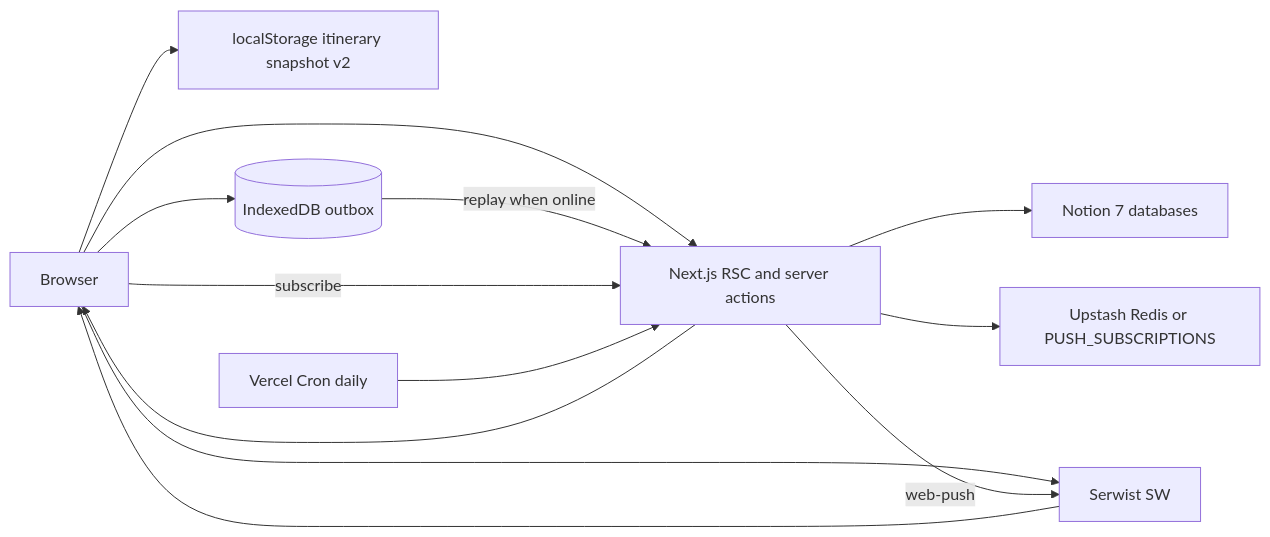
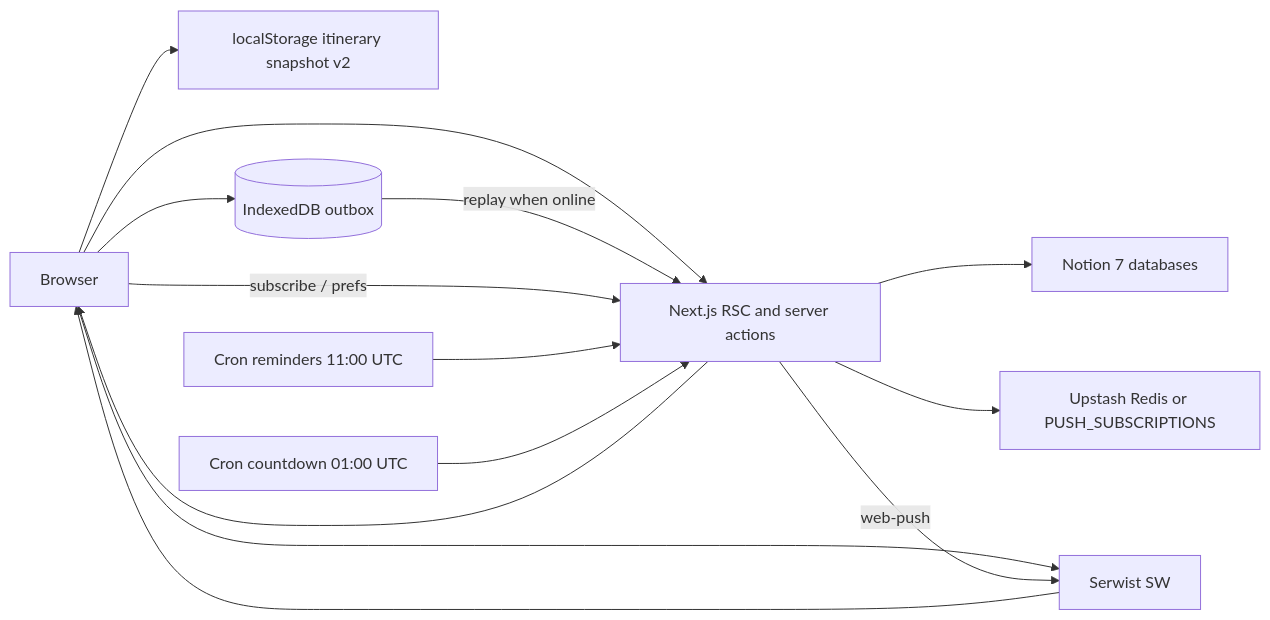
One commit to noowxela/japan-trip changed the diagram in docs/architecture.md. Above: the diagram before and after it, drawn with Mermaid. The commit also changed other lines of this file and 18 other files, not shown here.

Commit message:
feat: daily 9am countdown push with per-device prefs; release notes generated from commits

````diff
--- a/docs/architecture.md
+++ b/docs/architecture.md
@@ -29,23 +29,25 @@
 ```mermaid
 flowchart LR
   browser[Browser]
   next[Next.js RSC and server actions]
   notion[Notion 7 databases]
   cache[localStorage itinerary snapshot v2]
   outbox[(IndexedDB outbox)]
   sw[Serwist SW]
   pushStore[Upstash Redis or PUSH_SUBSCRIPTIONS]
-  cron[Vercel Cron daily]
+  cronReminders[Cron reminders 11:00 UTC]
+  cronCountdown[Cron countdown 01:00 UTC]
   browser --> next
   next --> notion
   next --> browser
   browser --> cache
   browser --> outbox
   outbox -->|replay when online| next
   browser --> sw
   sw --> browser
-  browser -->|subscribe| next
+  browser -->|subscribe / prefs| next
   next --> pushStore
-  cron --> next
+  cronReminders --> next
+  cronCountdown --> next
   next -->|web-push| sw
 ```
````
